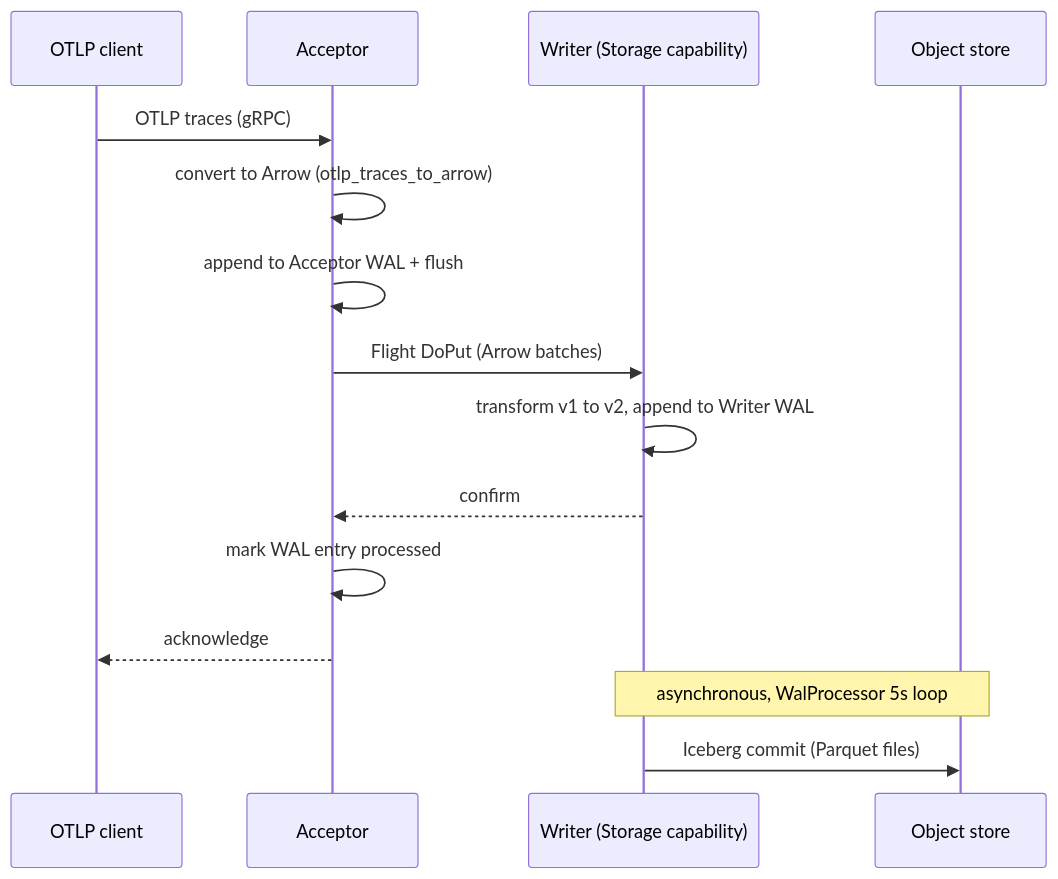
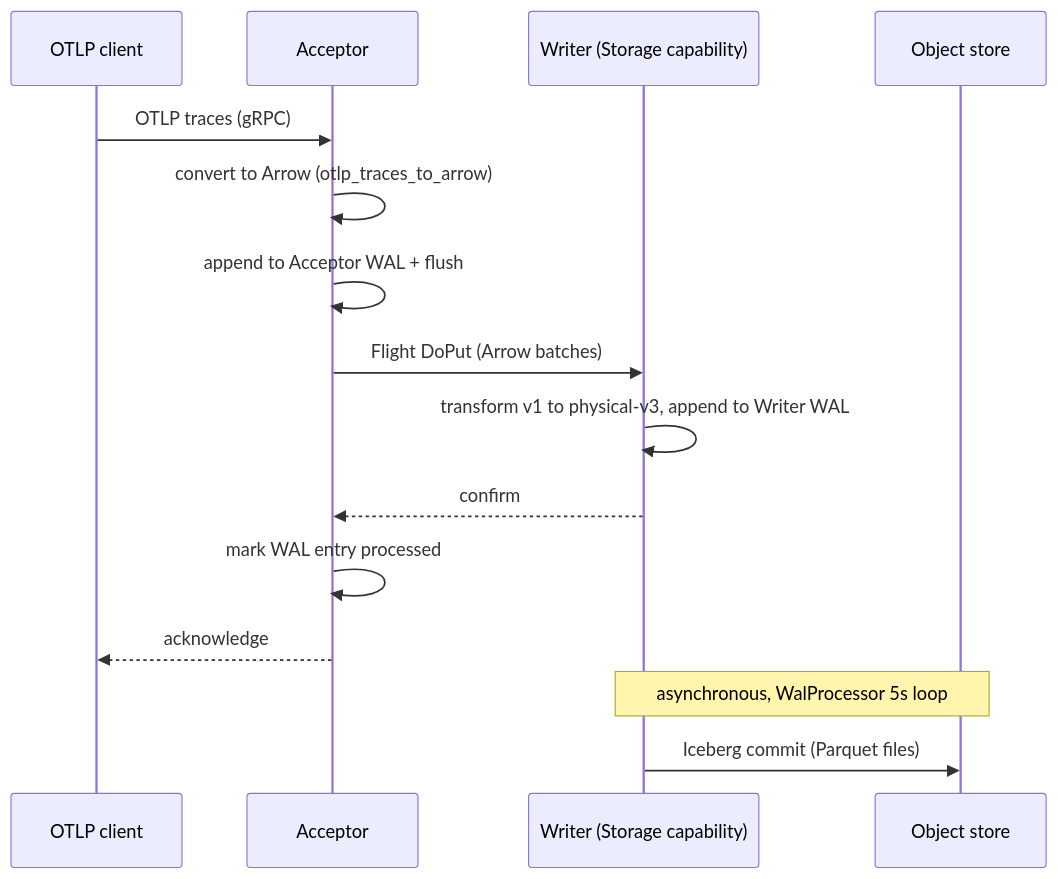
One commit to cedricziel/signaldb changed the first of 2 diagrams in docs/architecture/flight-communication.md. Above: the diagram before and after it, drawn with Mermaid. The commit also changed other lines of this file and 5 other files, not shown here.

First line of the commit message:
docs: update flight-schemas/storage-layout docs for physical-v3 and schema evolution

````diff
--- a/docs/architecture/flight-communication.md
+++ b/docs/architecture/flight-communication.md
@@ -280,18 +280,18 @@
 ```mermaid
 sequenceDiagram
     participant C as OTLP client
     participant A as Acceptor
     participant W as Writer (Storage capability)
     participant O as Object store
 
     C->>A: OTLP traces (gRPC)
     A->>A: convert to Arrow (otlp_traces_to_arrow)
     A->>A: append to Acceptor WAL + flush
     A->>W: Flight DoPut (Arrow batches)
-    W->>W: transform v1 to v2, append to Writer WAL
+    W->>W: transform v1 to physical-v3, append to Writer WAL
     W-->>A: confirm
     A->>A: mark WAL entry processed
     A-->>C: acknowledge
     Note over W,O: asynchronous, WalProcessor 5s loop
     W->>O: Iceberg commit (Parquet files)
 ```
````
